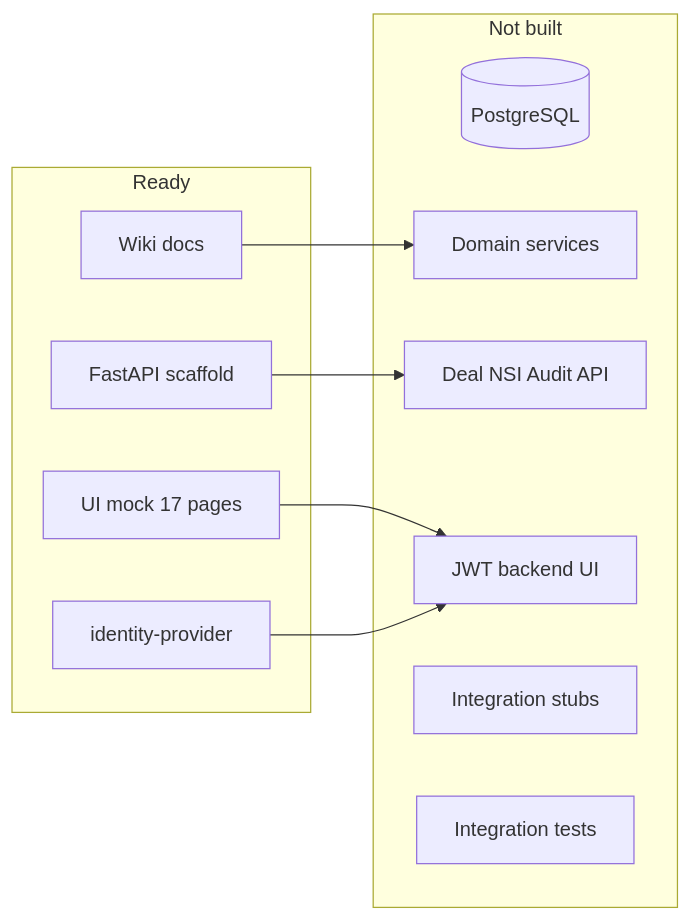
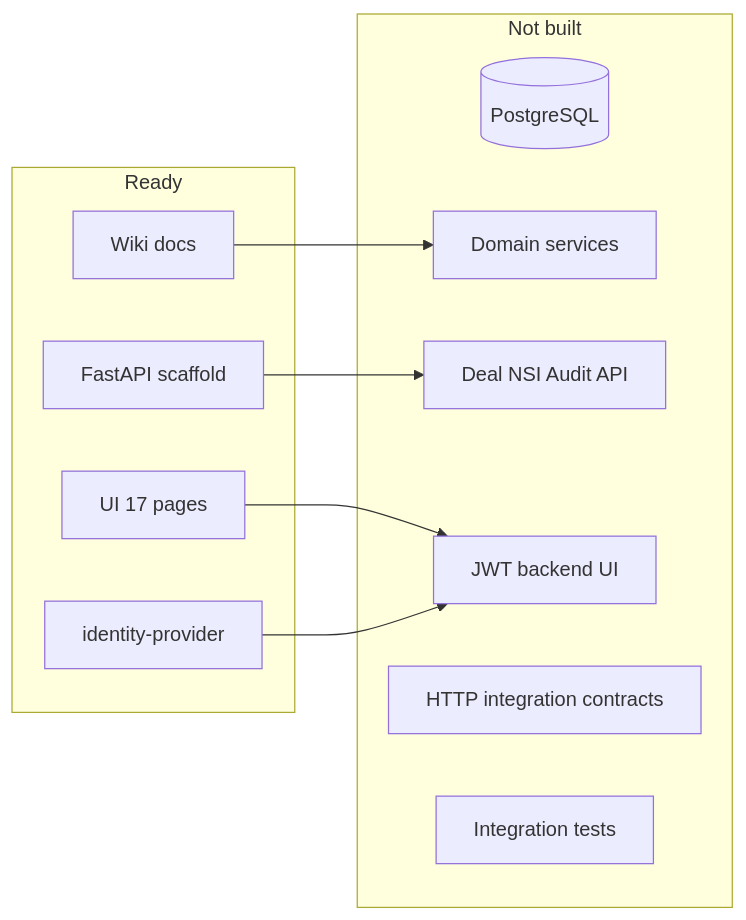
One commit to uniqelus/fx-deal-manager changed the first of 2 diagrams in PLAN.md. Above: the diagram before and after it, drawn with Mermaid. The commit also changed other lines of this file and 36 other files, not shown here.

````diff
--- a/PLAN.md
+++ b/PLAN.md
@@ -38,23 +38,23 @@
 ```mermaid
 flowchart LR
     subgraph done [Ready]
         Docs[Wiki docs]
-        UI[UI mock 17 pages]
+        UI[UI 17 pages]
         IdP[identity-provider]
         Scaffold[FastAPI scaffold]
     end
 
     subgraph missing [Not built]
         DB[(PostgreSQL)]
         Domain[Domain services]
         API[Deal NSI Audit API]
         AuthInt[JWT backend UI]
-        Integrations[Integration stubs]
+        Integrations[HTTP integration contracts]
         Tests[Integration tests]
     end
 
     Docs --> Domain
     UI --> AuthInt
     IdP --> AuthInt
     Scaffold --> API
 ```
````
